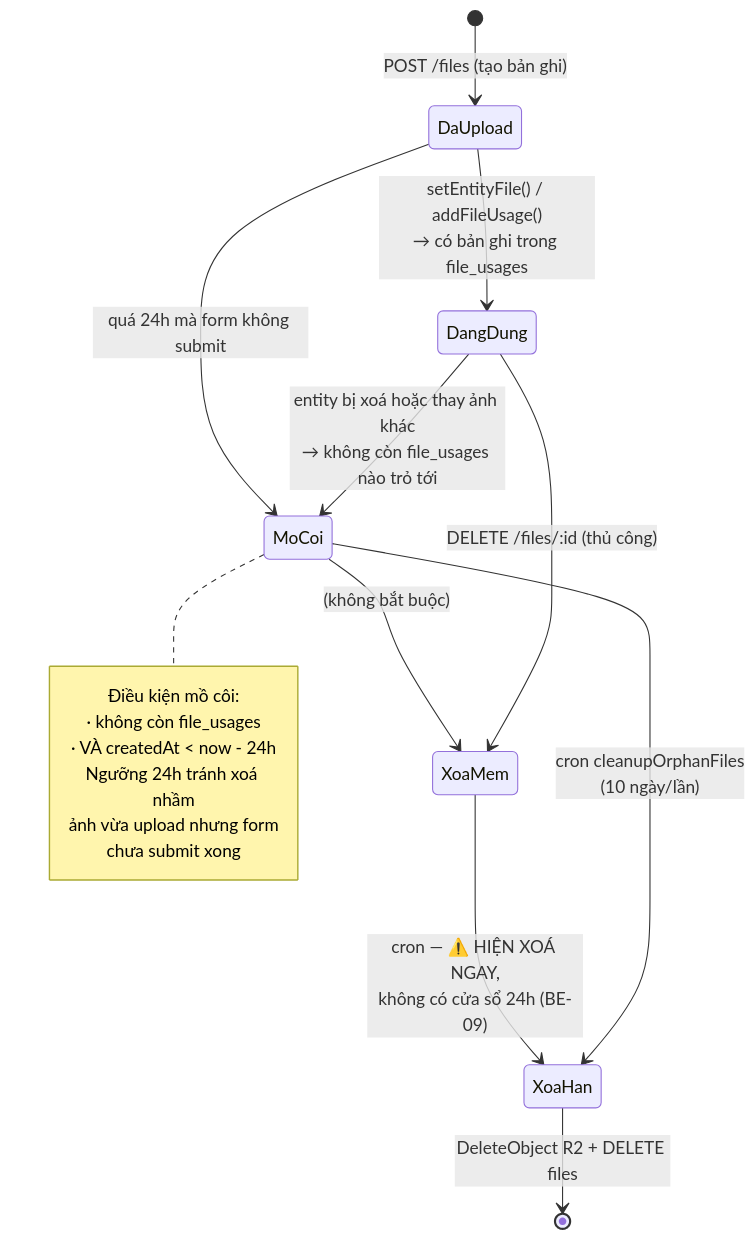
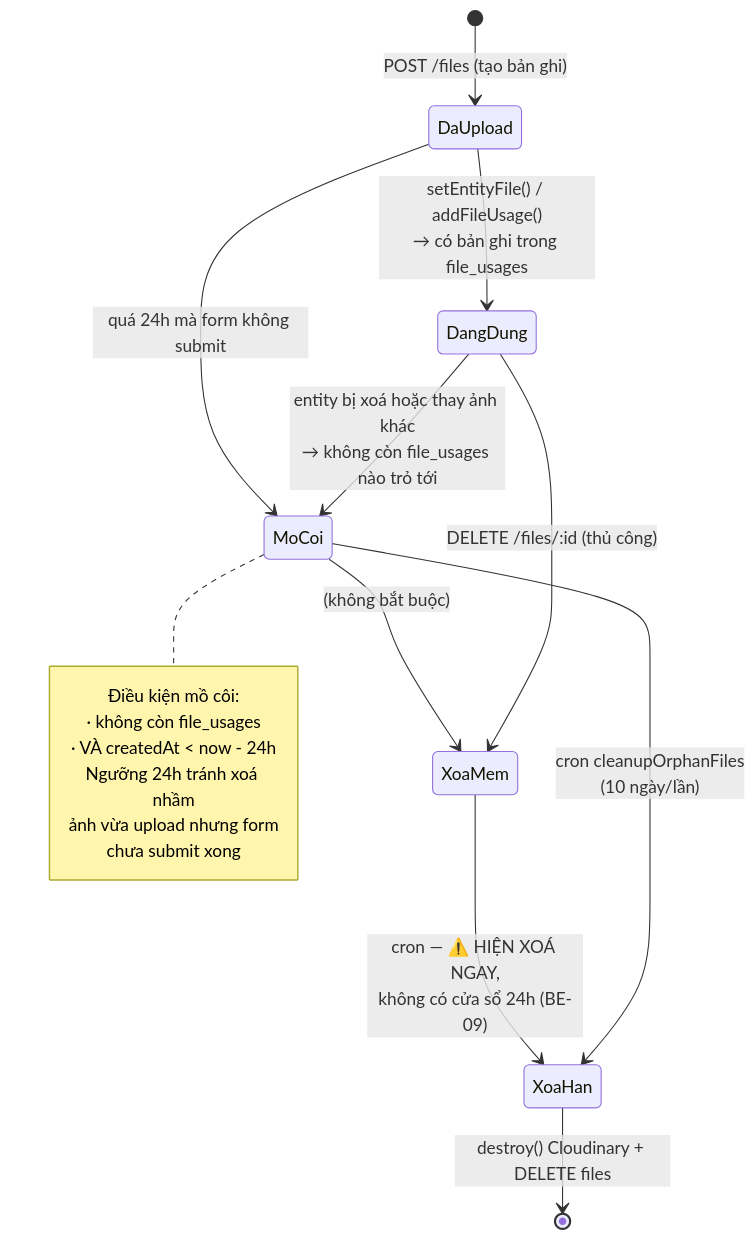
One commit to Hungvu0712/FLOWER changed the third of 4 diagrams in docs/modules/core-files.md. Above: the diagram before and after it, drawn with Mermaid. The commit also changed other lines of this file and 40 other files, not shown here.

````diff
--- a/docs/modules/core-files.md
+++ b/docs/modules/core-files.md
@@ -82,24 +109,24 @@
 ```mermaid
 stateDiagram-v2
     [*] --> DaUpload: POST /files (tạo bản ghi)
     DaUpload --> DangDung: setEntityFile() / addFileUsage()<br/>→ có bản ghi trong file_usages
     DangDung --> MoCoi: entity bị xoá hoặc thay ảnh khác<br/>→ không còn file_usages nào trỏ tới
     DaUpload --> MoCoi: quá 24h mà form không submit
 
     DangDung --> XoaMem: DELETE /files/:id (thủ công)
     MoCoi --> XoaMem: (không bắt buộc)
 
     MoCoi --> XoaHan: cron cleanupOrphanFiles<br/>(10 ngày/lần)
     XoaMem --> XoaHan: cron — ⚠️ HIỆN XOÁ NGAY,<br/>không có cửa sổ 24h (BE-09)
 
-    XoaHan --> [*]: DeleteObject R2 + DELETE files
+    XoaHan --> [*]: destroy() Cloudinary + DELETE files
 
     note right of MoCoi
         Điều kiện mồ côi:
         · không còn file_usages
         · VÀ createdAt < now - 24h
         Ngưỡng 24h tránh xoá nhầm
         ảnh vừa upload nhưng form
         chưa submit xong
     end note
 ```
````
